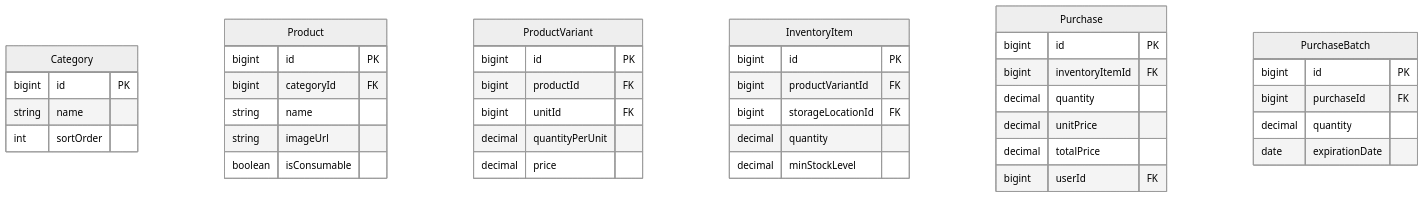
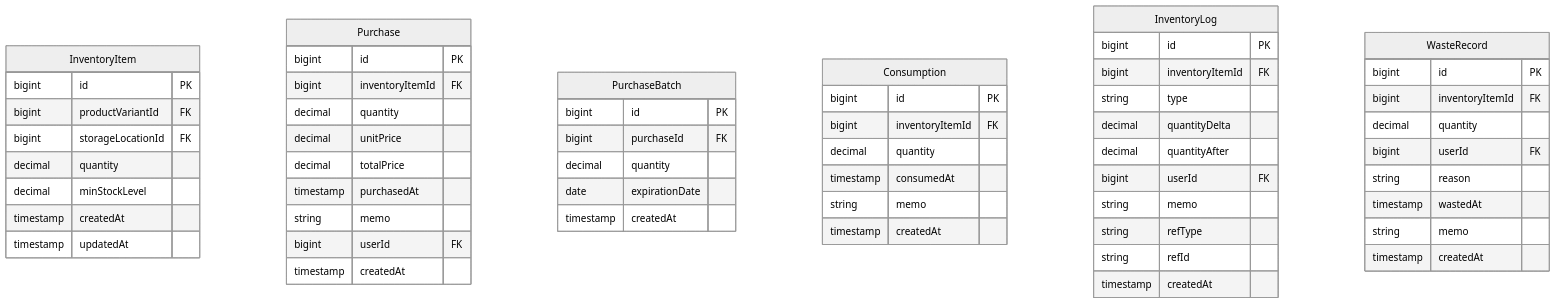
The fifth of 7 diagrams in backend/docs/entity-logical-design.md (wukdddang/home-inventory-manager), drawn with Mermaid (neutral theme) before and after one commit. The commit also changed other lines of this file and 3 other files, not shown here.

````diff
--- a/backend/docs/entity-logical-design.md
+++ b/backend/docs/entity-logical-design.md
@@ -86,43 +163,60 @@
 ```mermaid
 erDiagram
-    Category {
-        bigint id PK
-        string name
-        int sortOrder
-    }
-    Product {
-        bigint id PK
-        bigint categoryId FK
-        string name
-        string imageUrl
-        boolean isConsumable
-    }
-    ProductVariant {
-        bigint id PK
-        bigint productId FK
-        bigint unitId FK
-        decimal quantityPerUnit
-        decimal price
-    }
     InventoryItem {
         bigint id PK
         bigint productVariantId FK
         bigint storageLocationId FK
         decimal quantity
         decimal minStockLevel
+        timestamp createdAt
+        timestamp updatedAt
     }
     Purchase {
         bigint id PK
         bigint inventoryItemId FK
         decimal quantity
         decimal unitPrice
         decimal totalPrice
+        timestamp purchasedAt
+        string memo
         bigint userId FK
+        timestamp createdAt
     }
     PurchaseBatch {
         bigint id PK
         bigint purchaseId FK
         decimal quantity
         date expirationDate
+        timestamp createdAt
+    }
+    Consumption {
+        bigint id PK
+        bigint inventoryItemId FK
+        decimal quantity
+        timestamp consumedAt
+        string memo
+        timestamp createdAt
+    }
+    InventoryLog {
+        bigint id PK
+        bigint inventoryItemId FK
+        string type
+        decimal quantityDelta
+        decimal quantityAfter
+        bigint userId FK
+        string memo
+        string refType
+        string refId
+        timestamp createdAt
+    }
+    WasteRecord {
+        bigint id PK
+        bigint inventoryItemId FK
+        decimal quantity
+        bigint userId FK
+        string reason
+        timestamp wastedAt
+        string memo
+        timestamp createdAt
     }
 ```
````
